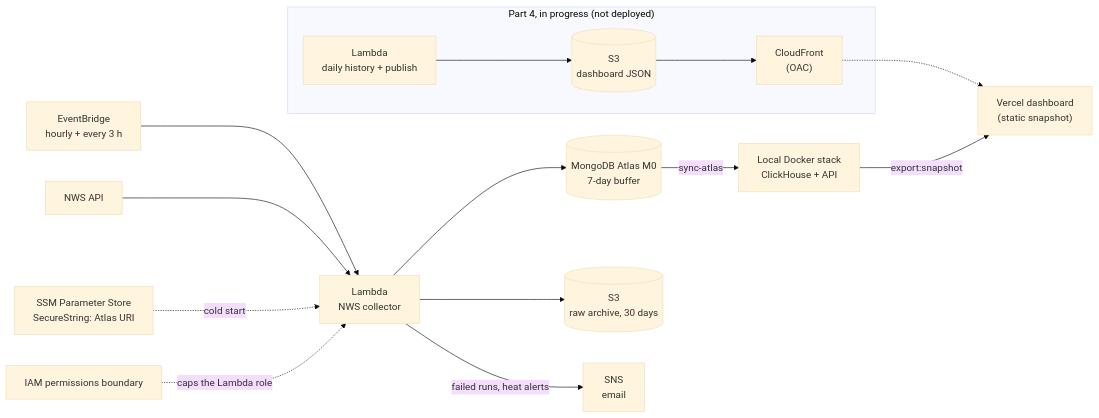
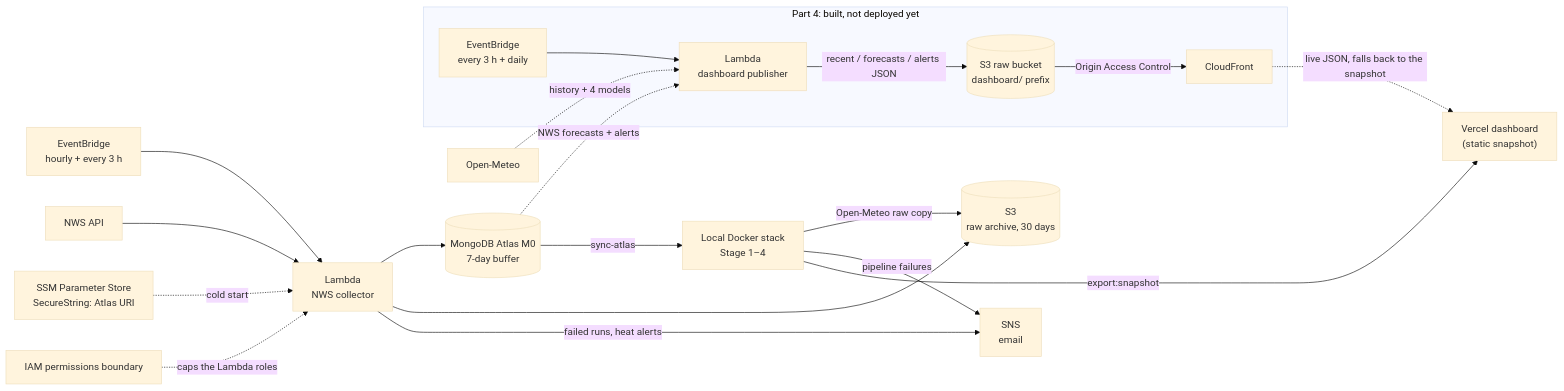
Before and after one commit to dangkhoa241/us-weather-pipeline: the second of 2 diagrams in README.md, drawn with Mermaid (base theme). The commit also changed other lines of this file and 2 other files, not shown here.

First line of the commit message:
README: architecture diagrams match the code; fresh screenshots from the snapshot build

````diff
--- a/README.md
+++ b/README.md
@@ -98,16 +97,22 @@
 ```mermaid
 flowchart LR
   EB["EventBridge<br/>hourly + every 3 h"] --> L["Lambda<br/>NWS collector"]
   NWS["NWS API"] --> L
   SSM["SSM Parameter Store<br/>SecureString: Atlas URI"] -.->|cold start| L
   L --> ATLAS[("MongoDB Atlas M0<br/>7-day buffer")]
   L --> S3[("S3<br/>raw archive, 30 days")]
   L -->|failed runs, heat alerts| SNS["SNS<br/>email"]
-  ATLAS -->|sync-atlas| LOCAL["Local Docker stack<br/>ClickHouse + API"]
+  ATLAS -->|sync-atlas| LOCAL["Local Docker stack<br/>Stage 1–4"]
+  LOCAL -->|Open-Meteo raw copy| S3
+  LOCAL -->|pipeline failures| SNS
   LOCAL -->|export:snapshot| VERCEL["Vercel dashboard<br/>(static snapshot)"]
-  BOUND["IAM permissions boundary"] -.->|caps the Lambda role| L
-  subgraph P4["Part 4, in progress (not deployed)"]
-    D["Lambda<br/>daily history + publish"] --> S3D[("S3<br/>dashboard JSON")] --> CF["CloudFront<br/>(OAC)"]
+  BOUND["IAM permissions boundary"] -.->|caps the Lambda roles| L
+  subgraph P4["Part 4: built, not deployed yet"]
+    EB2["EventBridge<br/>every 3 h + daily"] --> P["Lambda<br/>dashboard publisher"]
+    P -->|recent / forecasts / alerts JSON| S3D[("S3 raw bucket<br/>dashboard/ prefix")]
+    S3D -->|"Origin Access Control"| CF["CloudFront"]
   end
-  CF -.-> VERCEL
+  ATLAS -.->|NWS forecasts + alerts| P
+  OM["Open-Meteo"] -.->|history + 4 models| P
+  CF -.->|"live JSON, falls back to the snapshot"| VERCEL
 ```
````
